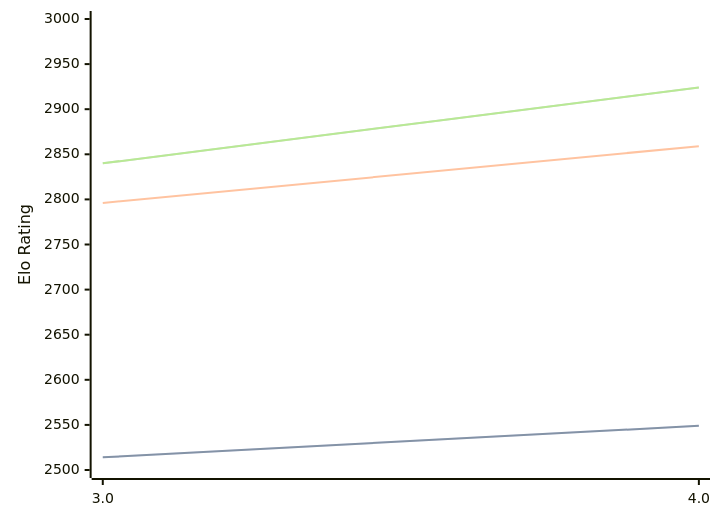
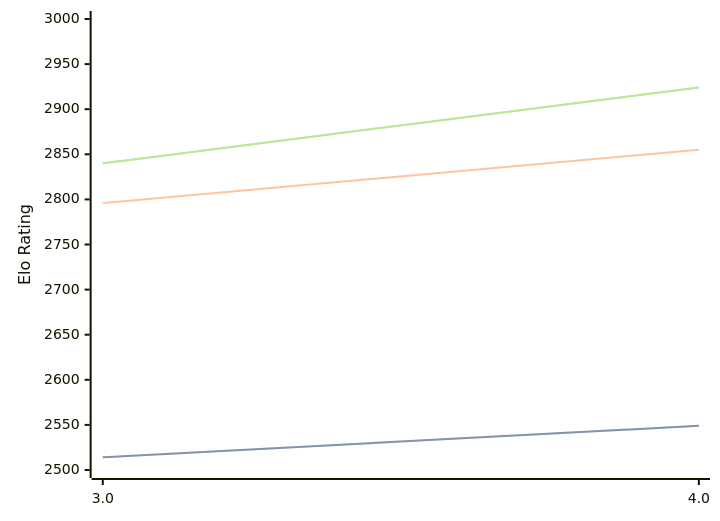
Before and after one commit to computer-chess-index/cci: the diagram in engines/Chess3.md, drawn with Mermaid. The commit also changed other lines of this file, not shown here.

````diff
--- a/engines/Chess3.md
+++ b/engines/Chess3.md
@@ -34,11 +34,11 @@
 ```mermaid
 %%{init: {"theme":"base","themeVariables":{"seriesColors:['#a3a3a3','#222221','#faa371']}}}%%
 xychart-beta
   x-axis ["3.0", "4.0"]
   y-axis "Elo Rating" 2500 --> 3000
   line "STC (8.0+0.08s)" [2514, 2549]
   line "STC (8.0+0.08s)" [2514, 2549]
-  line "LTC (60.0+0.60s)" [2796, 2859]
+  line "LTC (60.0+0.60s)" [2796, 2855]
   line "VLTC (2m24s+1.12s)" [2840, 2924]
   line "VLTC (2m24s+1.12s)" [2840, 2924]
 ```
````
